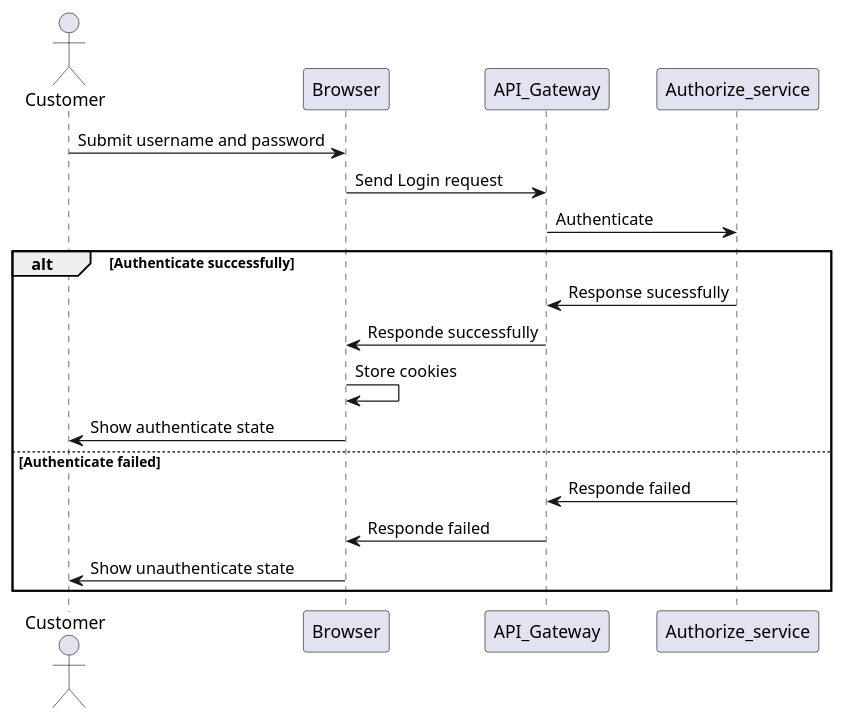
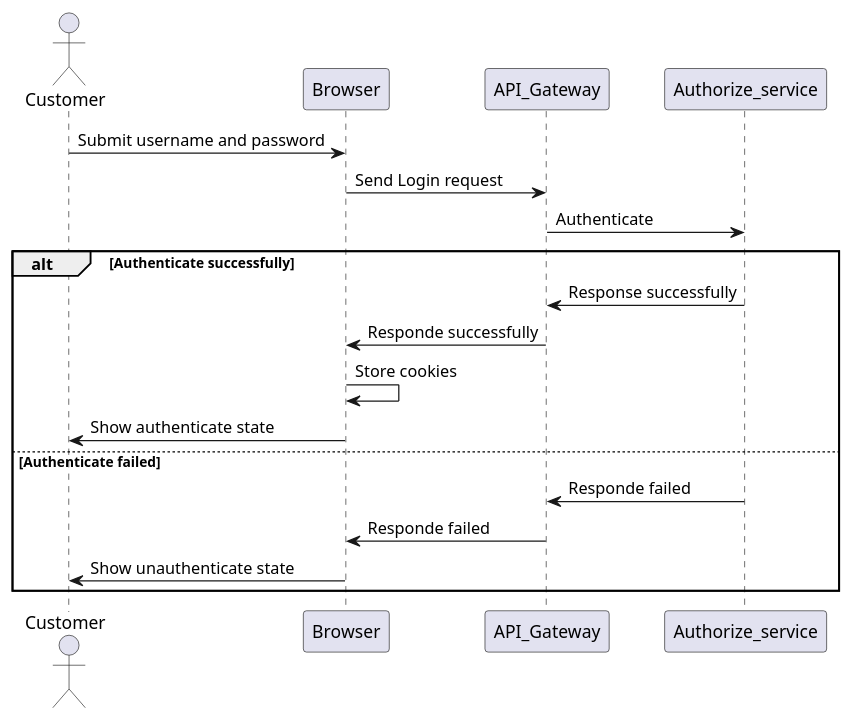
Before and after one commit to Nghia4/backend_test: the diagram in Section3/question4Section3.wsd, drawn with PlantUML.

Commit message:
fourth commit

```diff
--- a/Section3/question4Section3.wsd
+++ b/Section3/question4Section3.wsd
@@ -1,29 +1,29 @@
 @startuml scale API
 
 actor Customer
 
 Customer -> Browser : Submit username and password
 
 Browser -> API_Gateway : Send Login request
 
 API_Gateway -> Authorize_service : Authenticate
 
     alt Authenticate successfully
 
-    Authorize_service -> API_Gateway : Response sucessfully
+    Authorize_service -> API_Gateway : Response successfully
 
     API_Gateway -> Browser : Responde successfully
 
     Browser -> Browser : Store cookies
 
     Browser -> Customer : Show authenticate state
 
     else Authenticate failed
 
     Authorize_service -> API_Gateway : Responde failed
 
     API_Gateway -> Browser : Responde failed
 
     Browser -> Customer : Show unauthenticate state
     end
 @enduml
```
